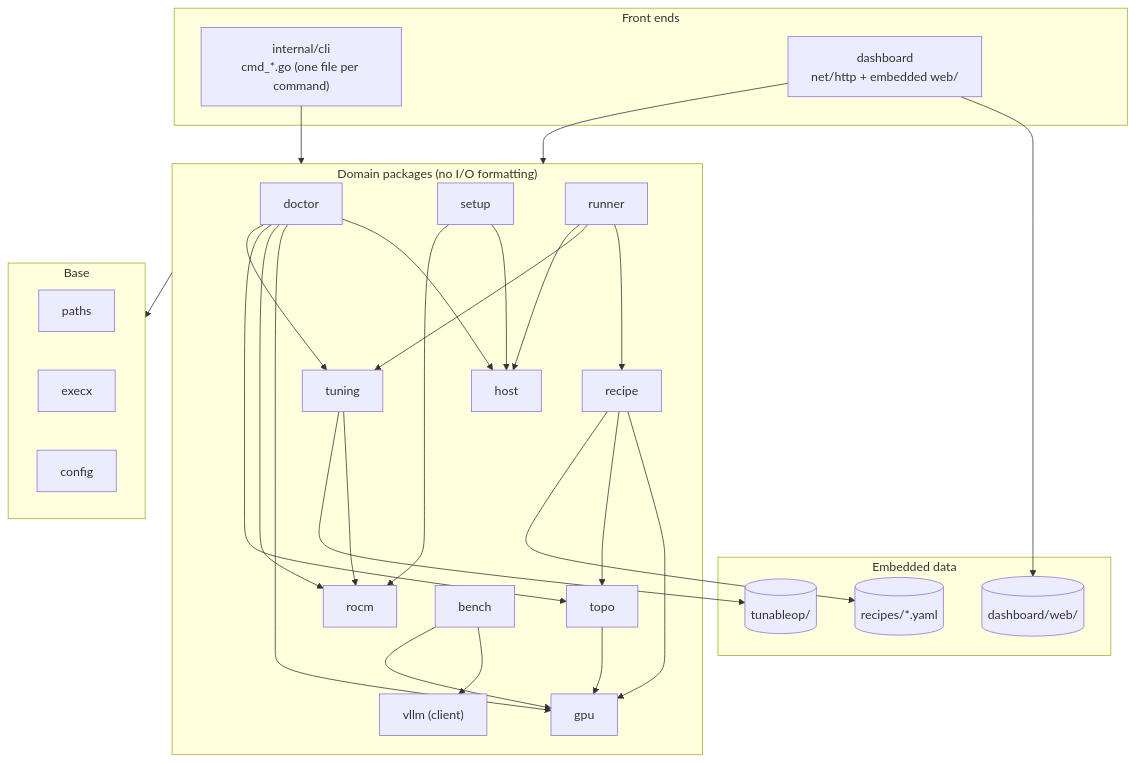
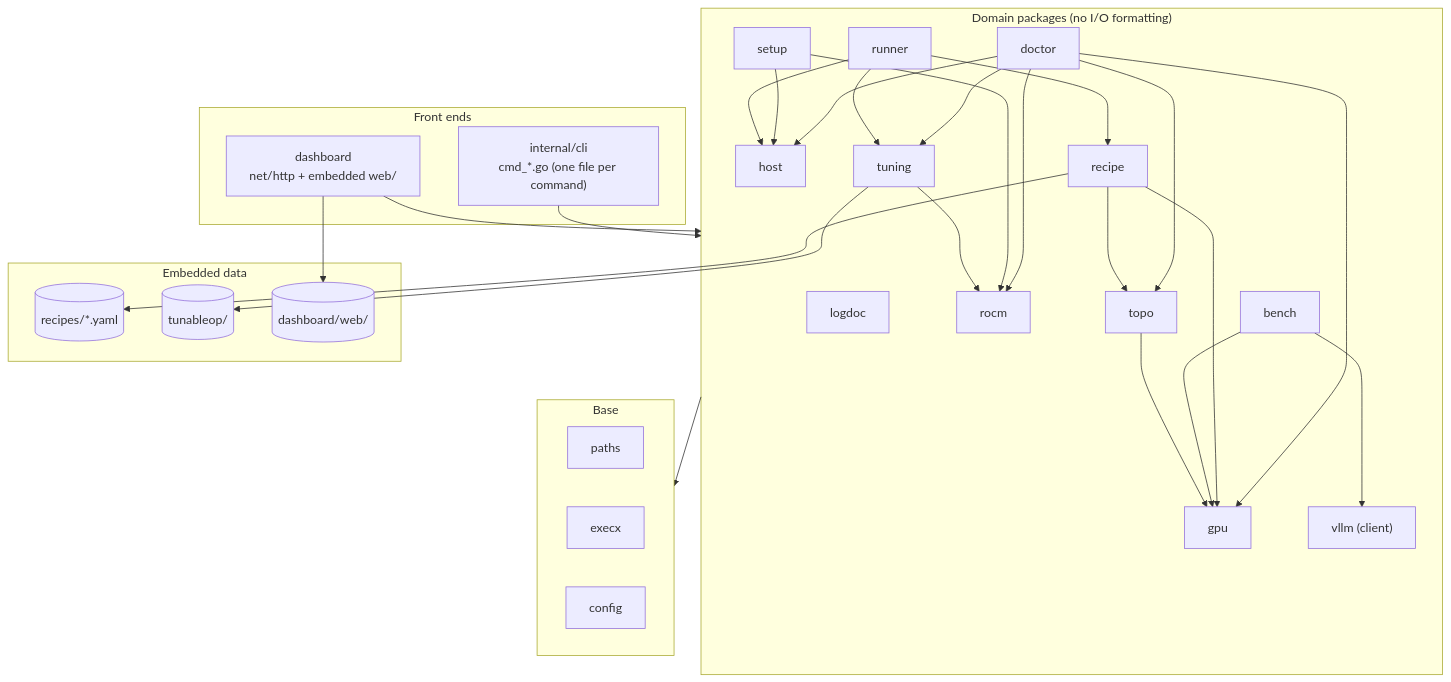
One commit to opengfx1030/bernie changed the first of 2 diagrams in docs/architecture.md. Above: the diagram before and after it, drawn with Mermaid. The commit also changed other lines of this file and 3 other files, not shown here.

````diff
--- a/docs/architecture.md
+++ b/docs/architecture.md
@@ -9,41 +9,42 @@
 ```mermaid
 flowchart TB
   subgraph Front["Front ends"]
     CLI["internal/cli<br/>cmd_*.go (one file per command)"]
     DASH["dashboard<br/>net/http + embedded web/"]
   end
   subgraph Core["Domain packages (no I/O formatting)"]
+    LOGDOC["logdoc"]
     DOC["doctor"] --> HOST["host"]
     DOC --> GPU["gpu"]
     DOC --> ROCM["rocm"]
     DOC --> TOPO["topo"]
     DOC --> TUN["tuning"]
     SET["setup"] --> HOST
     SET --> ROCM
     REC["recipe"] --> GPU
     REC --> TOPO
     RUN["runner"] --> REC
     RUN --> TUN
     RUN --> HOST
     BEN["bench"] --> VLLM["vllm (client)"]
     BEN --> GPU
     TOPO --> GPU
     TUN --> ROCM
   end
   subgraph Base["Base"]
     PATHS["paths"]
     EXEC["execx"]
     CFG["config"]
   end
   subgraph Data["Embedded data"]
     RECIPES[("recipes/*.yaml")]
     ROWS[("tunableop/")]
     WEB[("dashboard/web/")]
   end
   CLI --> Core
   DASH --> Core
   Core --> Base
   REC --> RECIPES
   TUN --> ROWS
   DASH --> WEB
 ```
````
